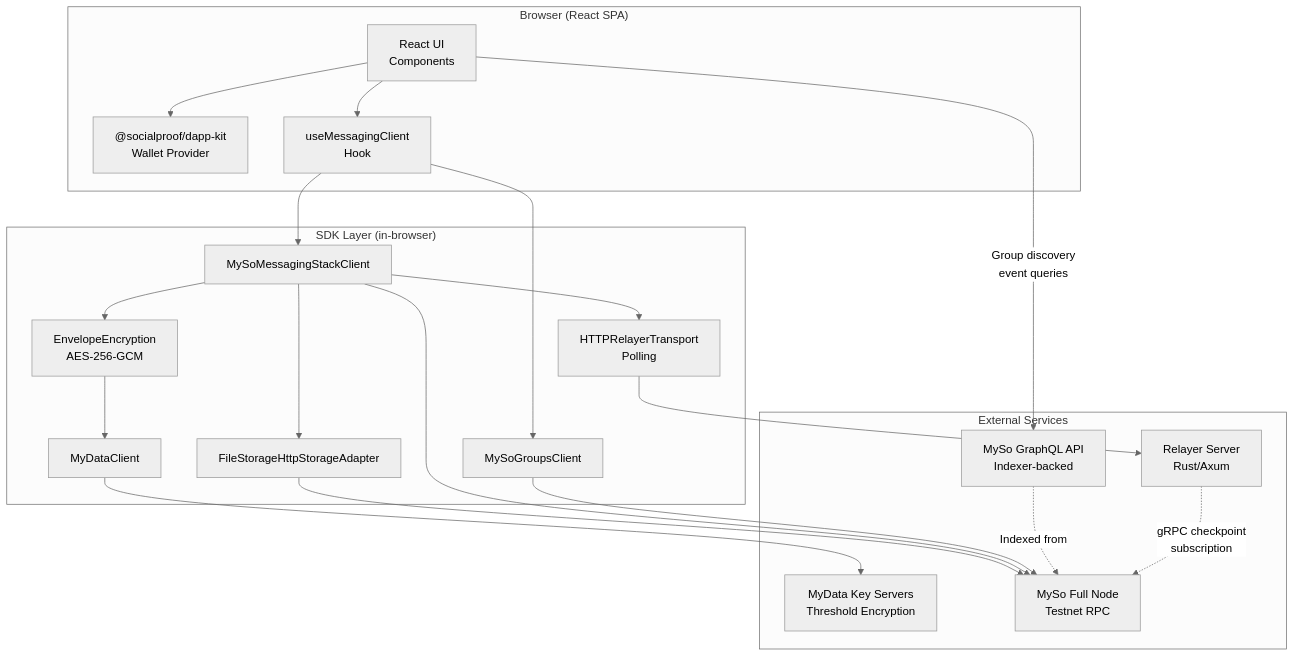
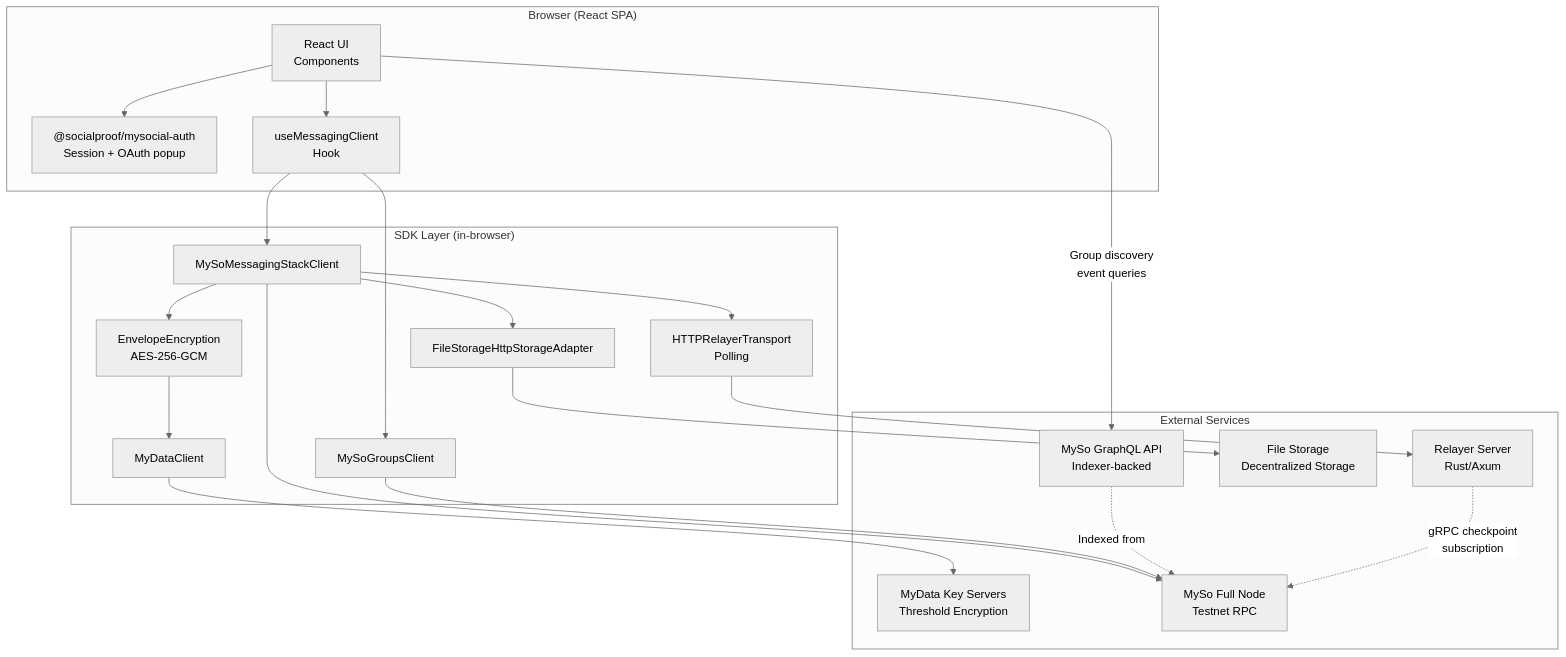
Before and after one commit to The-Social-Proof-Foundation/myso-messaging-stack: the first of 18 diagrams in chat-app/docs/SYSTEM_DESIGN.md, drawn with Mermaid (neutral theme). The commit also changed other lines of this file and 100 other files, not shown here.

````diff
--- a/chat-app/docs/SYSTEM_DESIGN.md
+++ b/chat-app/docs/SYSTEM_DESIGN.md
@@ -32,42 +32,42 @@
 ```mermaid
 graph TB
     subgraph Browser["Browser (React SPA)"]
         UI[React UI<br/>Components]
-        DK["@socialproof/dapp-kit<br/>Wallet Provider"]
+        MA["@socialproof/mysocial-auth<br/>Session + OAuth popup"]
         HOOK[useMessagingClient<br/>Hook]
     end
 
     subgraph SDK["SDK Layer (in-browser)"]
         MGC[MySoMessagingStackClient]
         PGC[MySoGroupsClient]
         SC[MyDataClient]
         EE[EnvelopeEncryption<br/>AES-256-GCM]
         HRT[HTTPRelayerTransport<br/>Polling]
         WSA[FileStorageHttpStorageAdapter]
     end
 
     subgraph External["External Services"]
         REL[Relayer Server<br/>Rust/Axum]
         SKS[MyData Key Servers<br/>Threshold Encryption]
-        MYSO[File Storage<br/>Decentralized Storage]
-        MYSO[MySo Full Node<br/>Testnet RPC]
+        FSTORE[File Storage<br/>Decentralized Storage]
+        MYSORPC[MySo Full Node<br/>Testnet RPC]
         GQL_API[MySo GraphQL API<br/>Indexer-backed]
     end
 
     UI --> HOOK
-    UI --> DK
+    UI --> MA
     HOOK --> MGC
     HOOK --> PGC
     MGC --> EE
     MGC --> HRT
     MGC --> WSA
     EE --> SC
     SC --> SKS
     HRT --> REL
-    WSA --> MYSO
-    MGC --> MYSO
-    PGC --> MYSO
+    WSA --> FSTORE
+    MGC --> MYSORPC
+    PGC --> MYSORPC
     UI -->|Group discovery<br/>event queries| GQL_API
-    GQL_API -.->|Indexed from| MYSO
-    REL -.->|gRPC checkpoint<br/>subscription| MYSO
+    GQL_API -.->|Indexed from| MYSORPC
+    REL -.->|gRPC checkpoint<br/>subscription| MYSORPC
 ```
````
